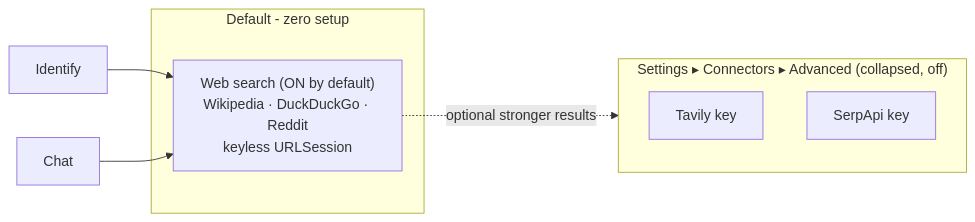
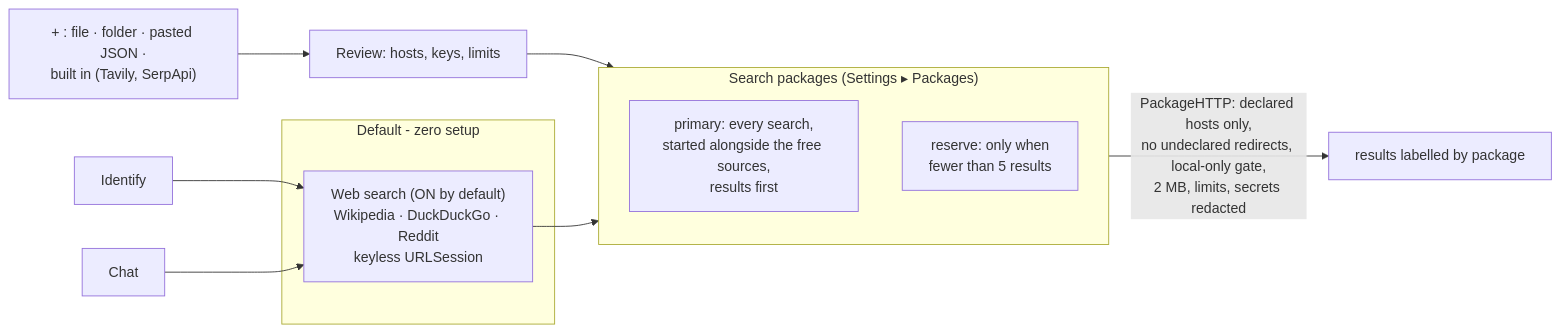
One commit to civarry/lasso-app changed the ninth of 10 diagrams in docs/APP_FLOW.md. Above: the diagram before and after it, drawn with Mermaid. The commit also changed other lines of this file and 26 other files, not shown here.

First line of the commit message:
Packages, step 1: search packages, Settings > Packages with +, Tavily and SerpApi as packages

````diff
--- a/docs/APP_FLOW.md
+++ b/docs/APP_FLOW.md
@@ -705,13 +705,15 @@
 ```mermaid
 flowchart LR
   subgraph Default[Default - zero setup]
     WebSearch["Web search (ON by default)<br/>Wikipedia · DuckDuckGo · Reddit<br/>keyless URLSession"]
   end
-  subgraph Adv["Settings ▸ Connectors ▸ Advanced (collapsed, off)"]
-    Tavily[Tavily key]
-    SerpApi[SerpApi key]
+  subgraph Pkgs["Search packages (Settings ▸ Packages)"]
+    Primary["primary: every search,<br/>started alongside the free sources,<br/>results first"]
+    Reserve["reserve: only when<br/>fewer than 5 results"]
   end
+  Add["+ : file · folder · pasted JSON ·<br/>built in (Tavily, SerpApi)"] --> Review["Review: hosts, keys, limits"] --> Pkgs
   Identify[Identify] --> WebSearch
   ChatP[Chat] --> WebSearch
-  WebSearch -. optional stronger results .-> Adv
+  WebSearch --> Pkgs
+  Pkgs -->|"PackageHTTP: declared hosts only,<br/>no undeclared redirects, local-only gate,<br/>2 MB, limits, secrets redacted"| Hits[results labelled by package]
 ```
````
